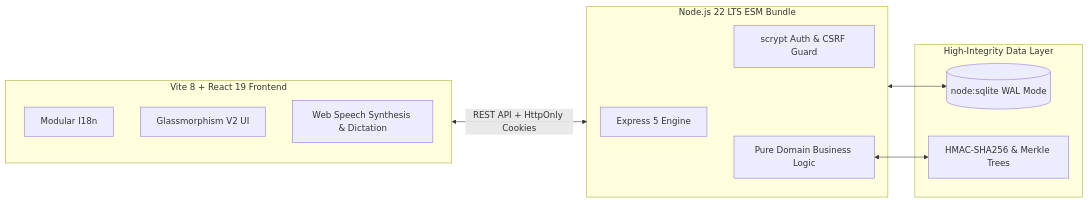
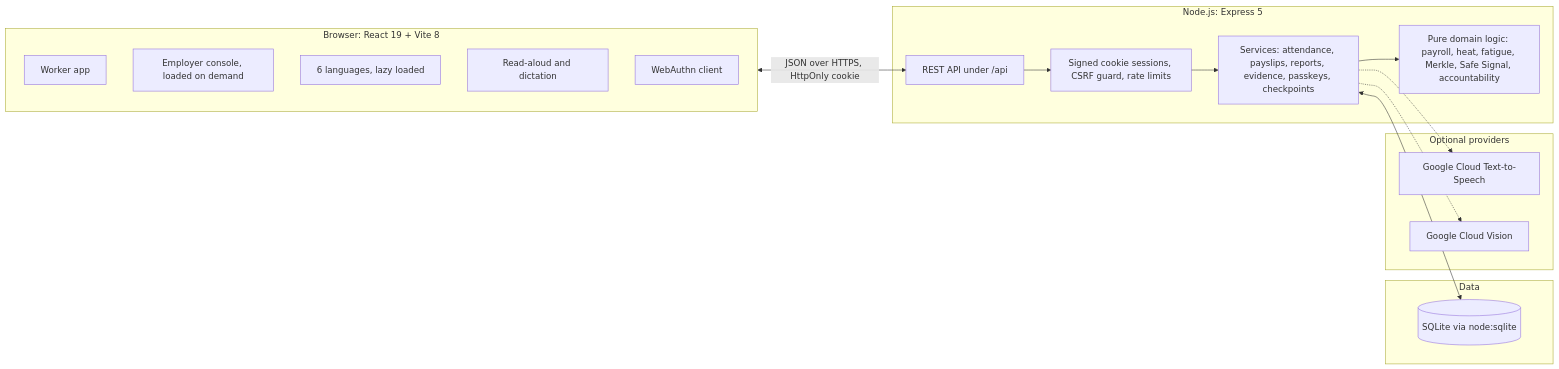
One commit to Zynx095/promptwarsXcodex changed the diagram in README.md. Above: the diagram before and after it, drawn with Mermaid. The commit also changed other lines of this file, not shown here.

First line of the commit message:
docs(readme): detailed guide to features, architecture and deployment

````diff
--- a/README.md
+++ b/README.md
@@ -65,24 +166,32 @@
 ```mermaid
 flowchart LR
-    subgraph Client [Vite 8 + React 19 Frontend]
-        I18n[Modular I18n]
-        GlassUI[Glassmorphism V2 UI]
-        VoiceSpeech[Web Speech Synthesis & Dictation]
+    subgraph Client [Browser: React 19 + Vite 8]
+        Worker[Worker app]
+        Console[Employer console, loaded on demand]
+        I18n[6 languages, lazy loaded]
+        Speech[Read-aloud and dictation]
+        Passkey[WebAuthn client]
     end
 
-    subgraph Server [Node.js 22 LTS ESM Bundle]
-        Express[Express 5 Engine]
-        SessionAuth[scrypt Auth & CSRF Guard]
-        DomainRules[Pure Domain Business Logic]
+    subgraph Server [Node.js: Express 5]
+        Routes[REST API under /api]
+        Auth[Signed cookie sessions, CSRF guard, rate limits]
+        Services[Services: attendance, payslips, reports, evidence, passkeys, checkpoints]
+        Domain[Pure domain logic: payroll, heat, fatigue, Merkle, Safe Signal, accountability]
     end
 
-    subgraph Storage [High-Integrity Data Layer]
-        SQLite[(node:sqlite WAL Mode)]
-        CryptoEngine[HMAC-SHA256 & Merkle Trees]
+    subgraph Storage [Data]
+        SQLite[(SQLite via node:sqlite)]
     end
 
-    Client <-->|REST API + HttpOnly Cookies| Server
-    Server <--> DomainRules
-    Server <--> SQLite
-    DomainRules <--> CryptoEngine
+    subgraph Optional [Optional providers]
+        TTS[Google Cloud Text-to-Speech]
+        Vision[Google Cloud Vision]
+    end
+
+    Client <-->|JSON over HTTPS, HttpOnly cookie| Routes
+    Routes --> Auth --> Services --> Domain
+    Services <--> SQLite
+    Services -.-> TTS
+    Services -.-> Vision
 ```
````
